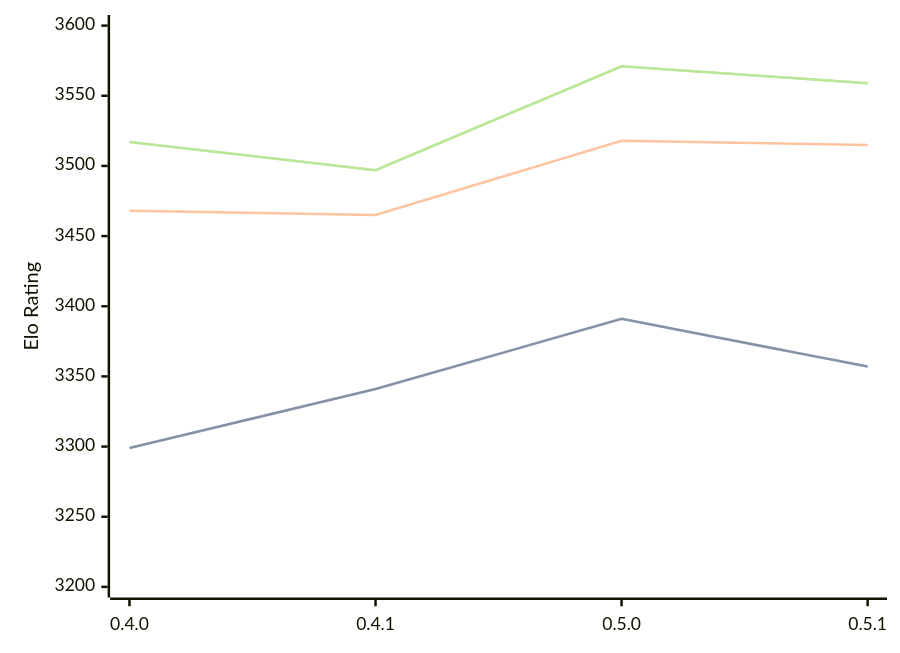
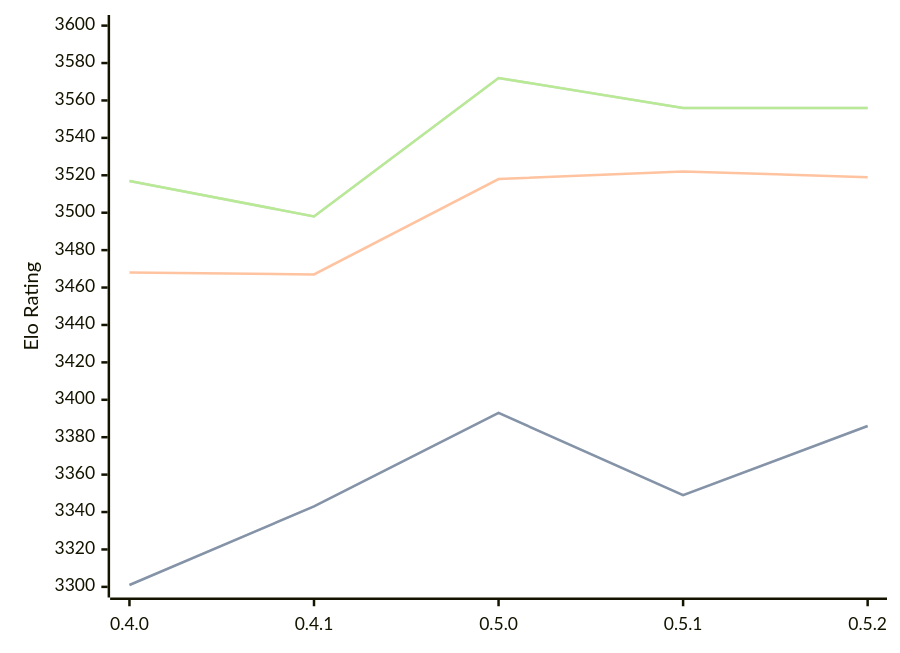
The first of 3 diagrams in engines/Cinder.md (computer-chess-index/cci), drawn with Mermaid before and after one commit. The commit also changed other lines of this file, not shown here.

Commit message:
Update CCI Ratings (ELO VLTC) - 2026-07-14

````diff
--- a/engines/Cinder.md
+++ b/engines/Cinder.md
@@ -43,11 +43,11 @@
 ```mermaid
 %%{init: {"theme":"base","themeVariables":{"seriesColors:['#a3a3a3','#222221','#faa371']}}}%%
 xychart-beta
-  x-axis ["0.4.0", "0.4.1", "0.5.0", "0.5.1"]
-  y-axis "Elo Rating" 3200 --> 3600
-  line "STC (8.0+0.08s)" [3299, 3341, 3391, 3357]
-  line "STC (8.0+0.08s)" [3299, 3341, 3391, 3357]
-  line "LTC (60.0+0.60s)" [3468, 3465, 3518, 3515]
-  line "VLTC (2m24s+1.12s)" [3517, 3497, 3571, 3559]
-  line "VLTC (2m24s+1.12s)" [3517, 3497, 3571, 3559]
+  x-axis ["0.4.0", "0.4.1", "0.5.0", "0.5.1", "0.5.2"]
+  y-axis "Elo Rating" 3300 --> 3600
+  line "STC (8.0+0.08s)" [3301, 3343, 3393, 3349, 3386]
+  line "STC (8.0+0.08s)" [3301, 3343, 3393, 3349, 3386]
+  line "LTC (60.0+0.60s)" [3468, 3467, 3518, 3522, 3519]
+  line "VLTC (2m24s+1.12s)" [3517, 3498, 3572, 3556, 3556]
+  line "VLTC (2m24s+1.12s)" [3517, 3498, 3572, 3556, 3556]
 ```
````
